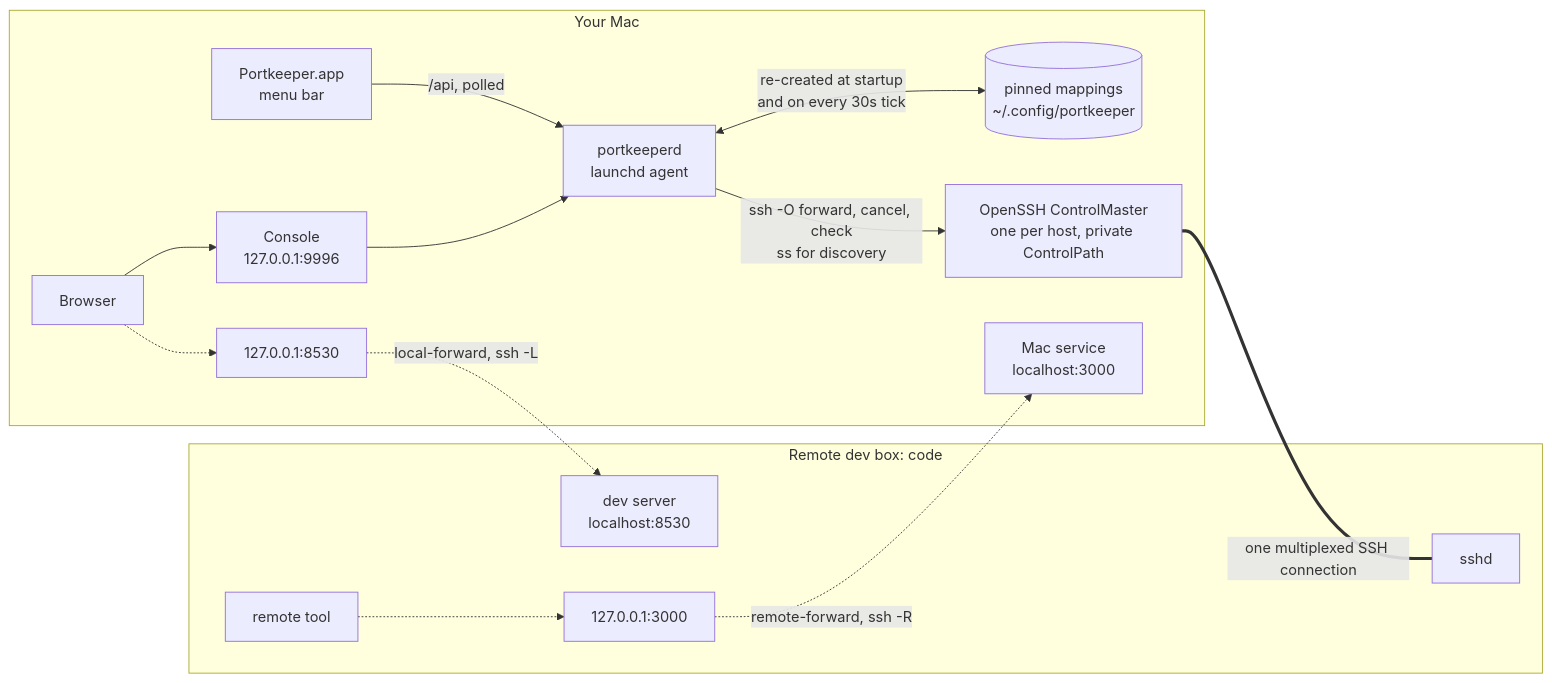
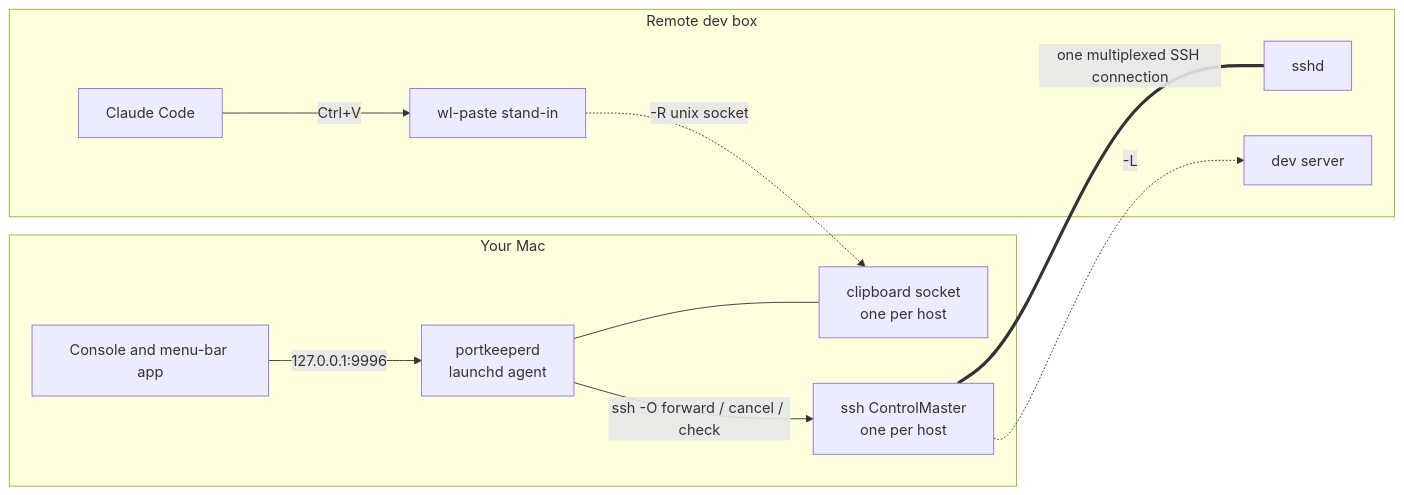
One commit to johnlofty/portkeeper changed the diagram in README.md. Above: the diagram before and after it, drawn with Mermaid. The commit also changed other lines of this file and 10 other files, not shown here.

````diff
--- a/README.md
+++ b/README.md
@@ -113,31 +73,24 @@
 ```mermaid
 flowchart LR
     subgraph mac["Your Mac"]
-        browser["Browser"]
-        app["Portkeeper.app<br/>menu bar"]
-        console["Console<br/>127.0.0.1:9996"]
+        ui["Console and menu-bar app"]
         daemon["portkeeperd<br/>launchd agent"]
-        pins[("pinned mappings<br/>~/.config/portkeeper")]
-        master["OpenSSH ControlMaster<br/>one per host, private ControlPath"]
-        macport["127.0.0.1:8530"]
-        macsvc["Mac service<br/>localhost:3000"]
+        clip["clipboard socket<br/>one per host"]
+        master["ssh ControlMaster<br/>one per host"]
     end
 
-    subgraph code["Remote dev box: code"]
+    subgraph remote["Remote dev box"]
         sshd["sshd"]
-        dev["dev server<br/>localhost:8530"]
-        remoteport["127.0.0.1:3000"]
-        tool["remote tool"]
+        dev["dev server"]
+        claude["Claude Code"]
+        shim["wl-paste stand-in"]
     end
 
-    browser --> console --> daemon
-    app -->|"/api, polled"| daemon
-    daemon -->|"ssh -O forward, cancel, check<br/>ss for discovery"| master
-    daemon <-->|"re-created at startup<br/>and on every 30s tick"| pins
+    ui -->|"127.0.0.1:9996"| daemon
+    daemon -->|"ssh -O forward / cancel / check"| master
+    daemon --- clip
     master ===|"one multiplexed SSH connection"| sshd
-
-    browser -.-> macport
-    macport -.->|"local-forward, ssh -L"| dev
-    tool -.-> remoteport
-    remoteport -.->|"remote-forward, ssh -R"| macsvc
+    master -.->|"-L"| dev
+    claude -->|"Ctrl+V"| shim
+    shim -.->|"-R unix socket"| clip
 ```
````
